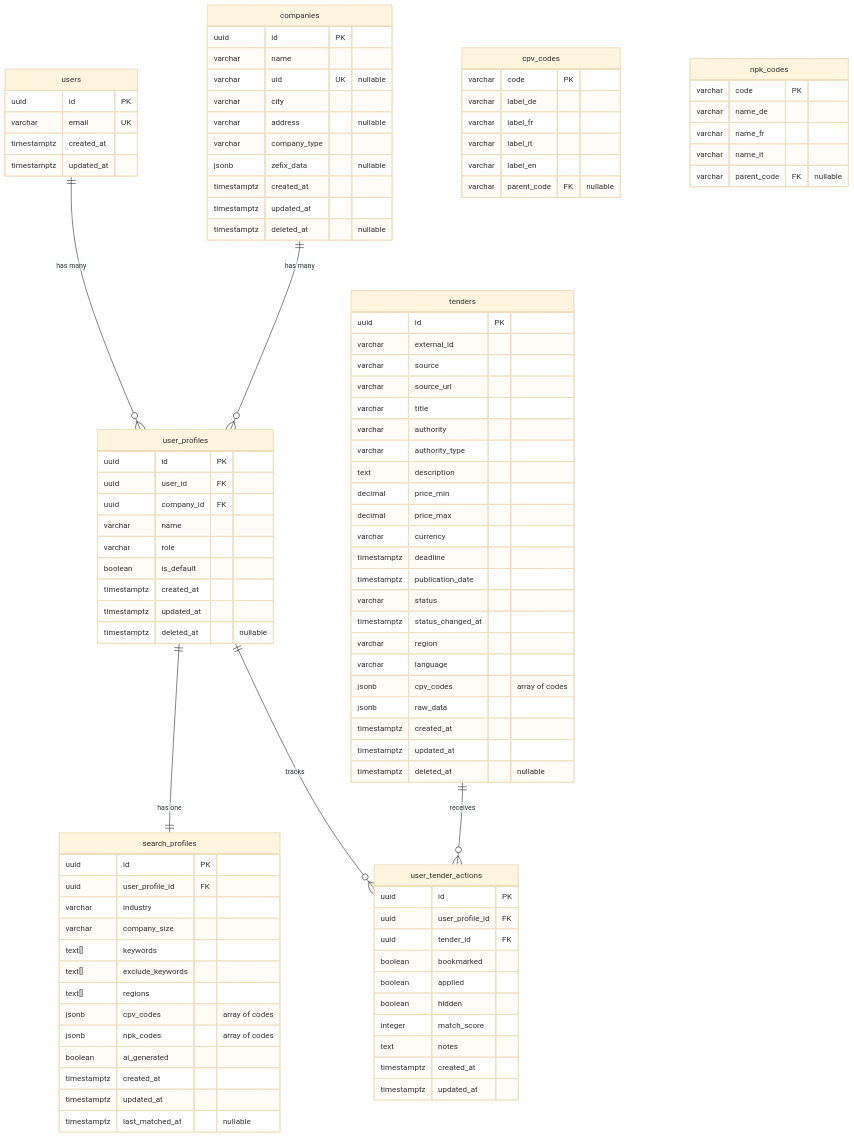
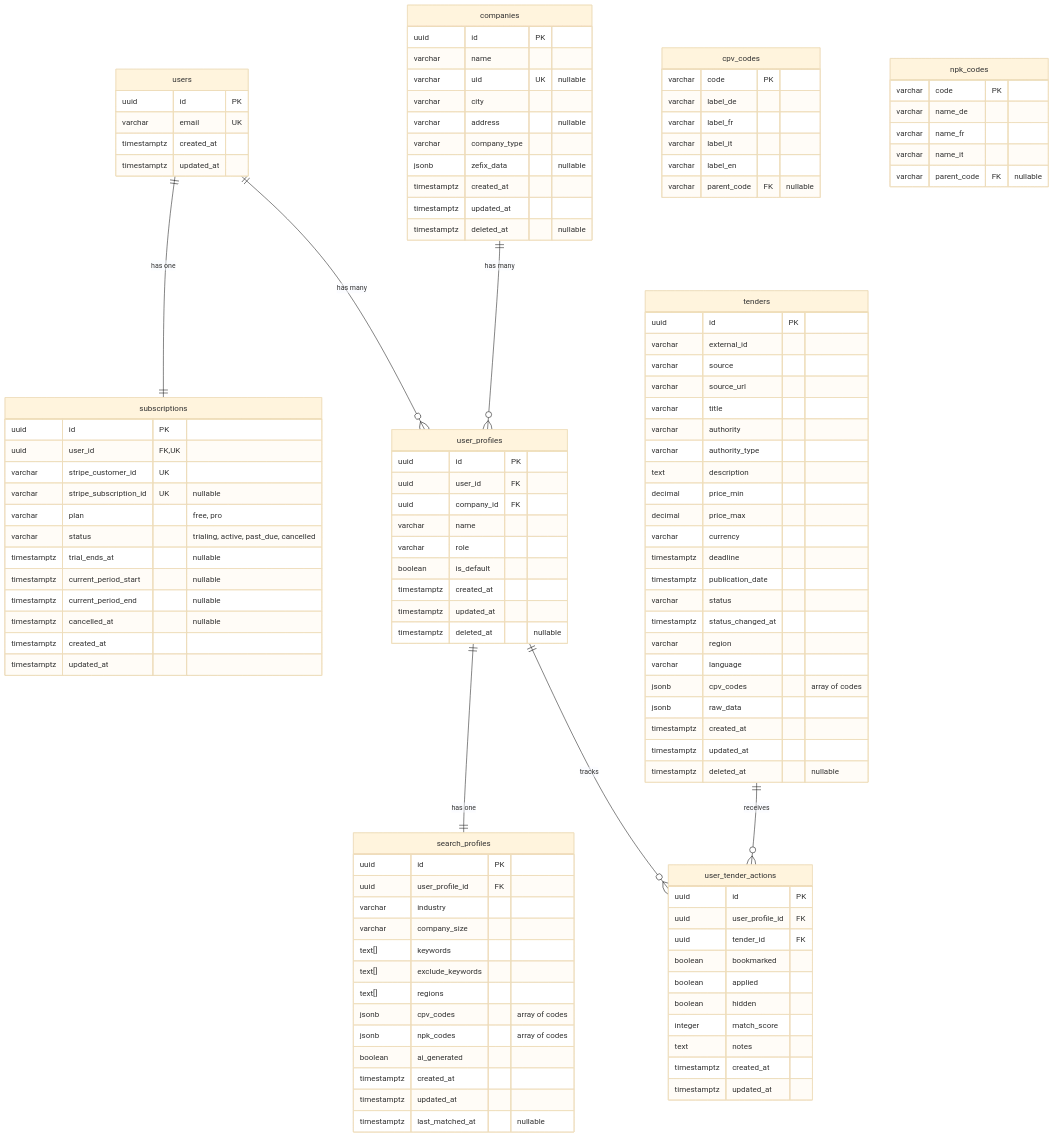
One commit to davras5/tender-scout changed the first of 5 diagrams in documentation/DATABASE.md. Above: the diagram before and after it, drawn with Mermaid (base theme). The commit also changed other lines of this file, not shown here.

First line of the commit message:
Add subscriptions table for Stripe billing

```diff
--- a/documentation/DATABASE.md
+++ b/documentation/DATABASE.md
@@ -60,6 +65,21 @@
     users {
         uuid id PK
         varchar email UK
+        timestamptz created_at
+        timestamptz updated_at
+    }
+
+    subscriptions {
+        uuid id PK
+        uuid user_id FK,UK
+        varchar stripe_customer_id UK
+        varchar stripe_subscription_id UK "nullable"
+        varchar plan "free, pro"
+        varchar status "trialing, active, past_due, cancelled"
+        timestamptz trial_ends_at "nullable"
+        timestamptz current_period_start "nullable"
+        timestamptz current_period_end "nullable"
+        timestamptz cancelled_at "nullable"
         timestamptz created_at
         timestamptz updated_at
     }
@@ -162,6 +182,7 @@
     }
 
     %% Relationships
+    users ||--|| subscriptions : "has one"
     users ||--o{ user_profiles : "has many"
     companies ||--o{ user_profiles : "has many"
     user_profiles ||--|| search_profiles : "has one"
```
